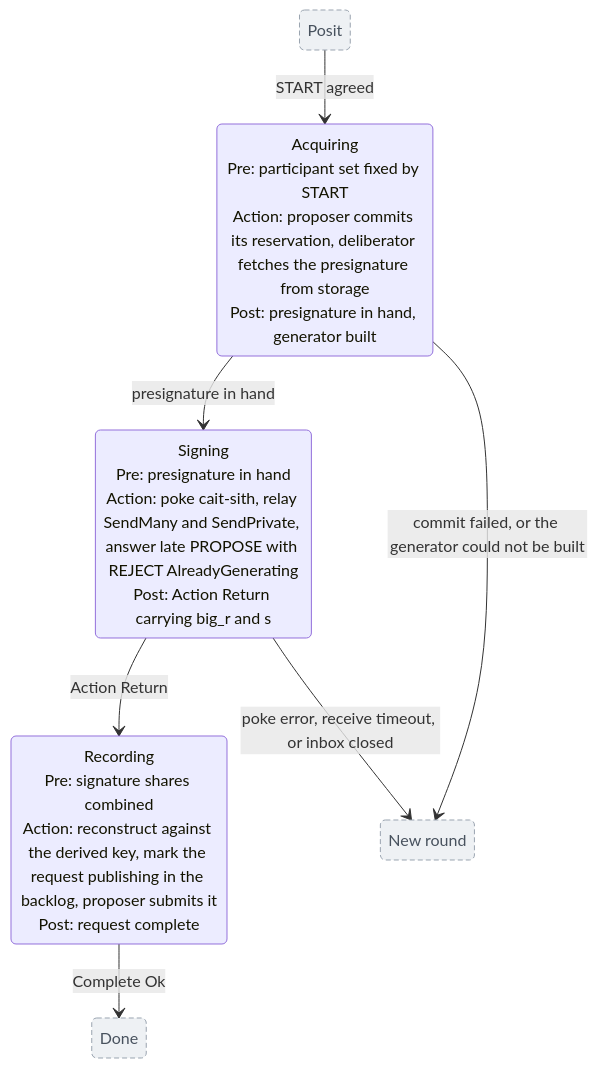
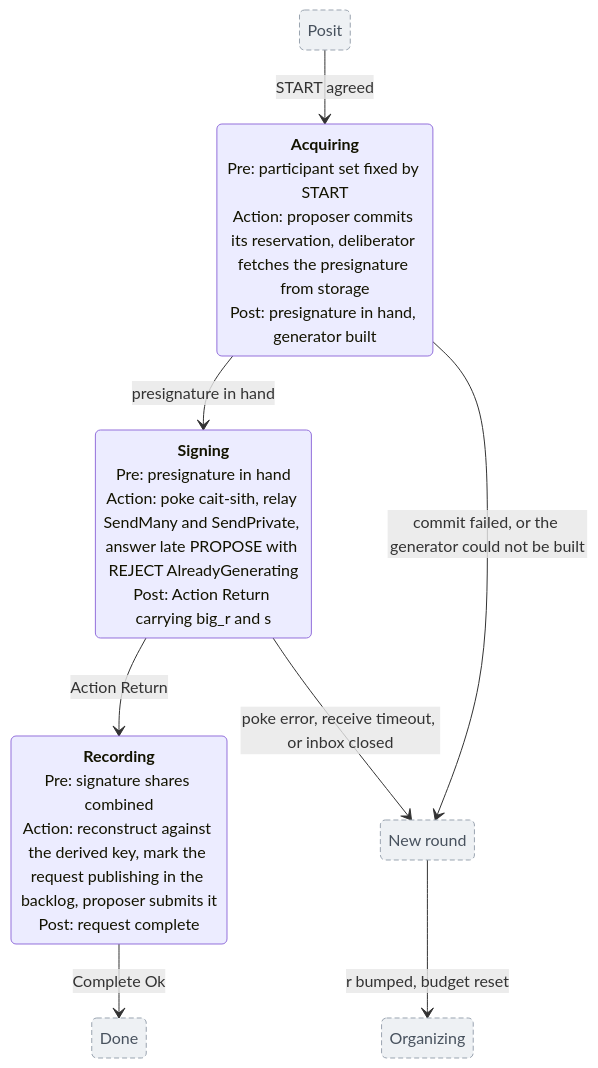
The fourth of 5 diagrams in doc/posit_state_machine.md (sig-net/mpc), drawn with Mermaid before and after one commit. The commit also changed other lines of this file, not shown here.

First line of the commit message:
docs: close the new-round loop in the posit detail diagrams

````diff
--- a/doc/posit_state_machine.md
+++ b/doc/posit_state_machine.md
@@ -143,21 +155,23 @@
 ```mermaid
 stateDiagram-v2
-    state "Acquiring<br/>Pre: participant set fixed by START<br/>Action: proposer commits its reservation, deliberator fetches the presignature from storage<br/>Post: presignature in hand, generator built" as Acquiring
-    state "Signing<br/>Pre: presignature in hand<br/>Action: poke cait-sith, relay SendMany and SendPrivate, answer late PROPOSE with REJECT AlreadyGenerating<br/>Post: Action Return carrying big_r and s" as Signing
-    state "Recording<br/>Pre: signature shares combined<br/>Action: reconstruct against the derived key, mark the request publishing in the backlog, proposer submits it<br/>Post: request complete" as Recording
+    state "<b>Acquiring</b><br/>Pre: participant set fixed by START<br/>Action: proposer commits its reservation, deliberator fetches the presignature from storage<br/>Post: presignature in hand, generator built" as Acquiring
+    state "<b>Signing</b><br/>Pre: presignature in hand<br/>Action: poke cait-sith, relay SendMany and SendPrivate, answer late PROPOSE with REJECT AlreadyGenerating<br/>Post: Action Return carrying big_r and s" as Signing
+    state "<b>Recording</b><br/>Pre: signature shares combined<br/>Action: reconstruct against the derived key, mark the request publishing in the backlog, proposer submits it<br/>Post: request complete" as Recording
     state "Posit" as PositIn
     state "Done" as DoneOut
     state "New round" as AbortOut
+    state "Organizing" as OrgOut
 
     PositIn --> Acquiring: START agreed
 
     Acquiring --> Signing: presignature in hand
     Signing --> Recording: Action Return
     Recording --> DoneOut: Complete Ok
 
     Acquiring --> AbortOut: commit failed, or the generator could not be built
     Signing --> AbortOut: poke error, receive timeout, or inbox closed
+    AbortOut --> OrgOut: r bumped, budget reset
 
     classDef outside fill:#eef1f4,stroke:#9aa4b0,color:#48525e,stroke-dasharray:5 3
-    class PositIn,DoneOut,AbortOut outside
+    class PositIn,DoneOut,AbortOut,OrgOut outside
 ```
````
